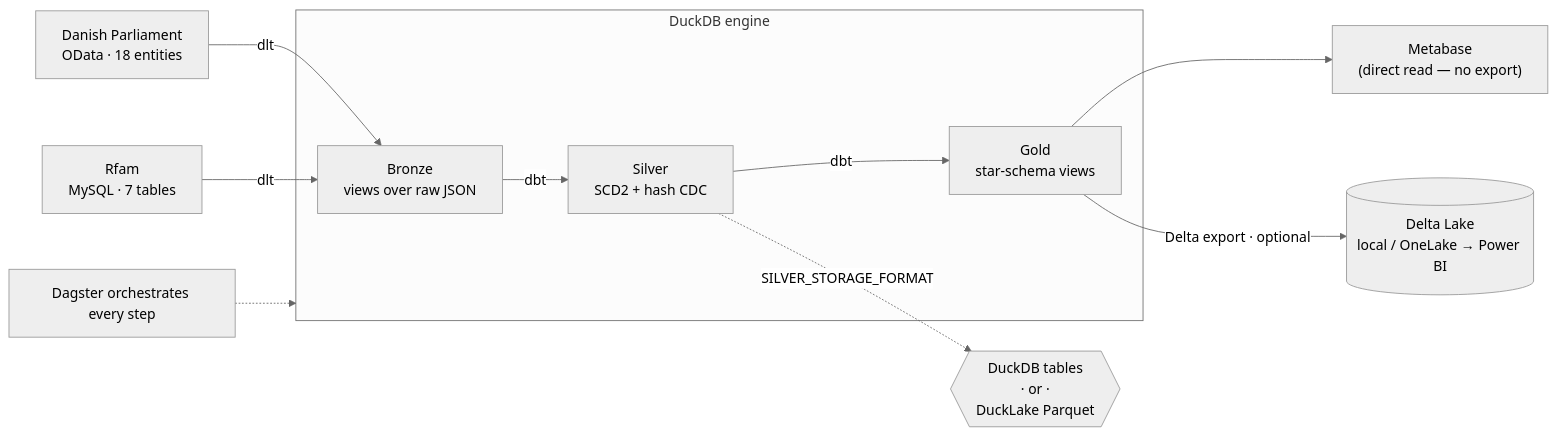
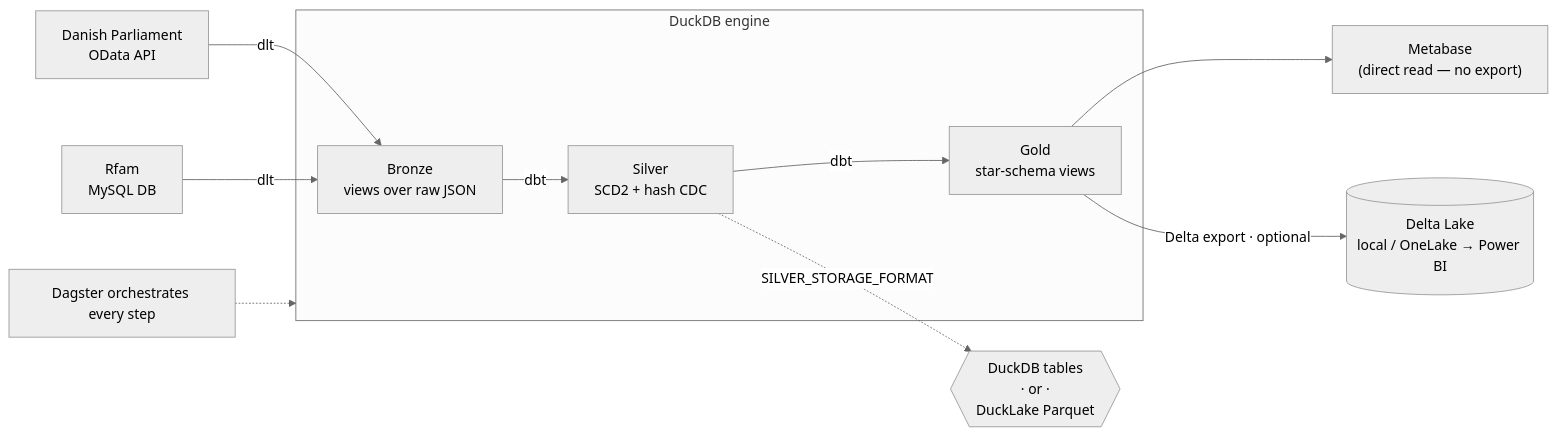
Before and after one commit to edwinweber/dbt_duckdb_demo_public: the first of 2 diagrams in documentation/talk_medallion_on_a_laptop.md, drawn with Mermaid (neutral theme). The commit also changed other lines of this file and 50 other files, not shown here.

Commit message:
Add agent team, refactor code, fix CI pipeline, update docs and architecture diagram

````diff
--- a/documentation/talk_medallion_on_a_laptop.md
+++ b/documentation/talk_medallion_on_a_laptop.md
@@ -72,13 +72,13 @@
 ```mermaid
 flowchart LR
     subgraph DUCK["DuckDB engine"]
         B["Bronze<br/>views over raw JSON"] -->|dbt| S["Silver<br/>SCD2 + hash CDC"]
         S -->|dbt| G["Gold<br/>star-schema views"]
     end
-    DDD["Danish Parliament<br/>OData · 18 entities"] -->|dlt| B
-    RFAM["Rfam<br/>MySQL · 7 tables"] -->|dlt| B
+    DDD["Danish Parliament<br/>OData API"] -->|dlt| B
+    RFAM["Rfam<br/>MySQL DB"] -->|dlt| B
     S -.->|SILVER_STORAGE_FORMAT| ST{{"DuckDB tables<br/>· or ·<br/>DuckLake Parquet"}}
     G --> MB["Metabase<br/>(direct read — no export)"]
     G -->|Delta export · optional| DL[("Delta Lake<br/>local / OneLake → Power BI")]
     DAG["Dagster orchestrates every step"] -.-> DUCK
 ```
````
